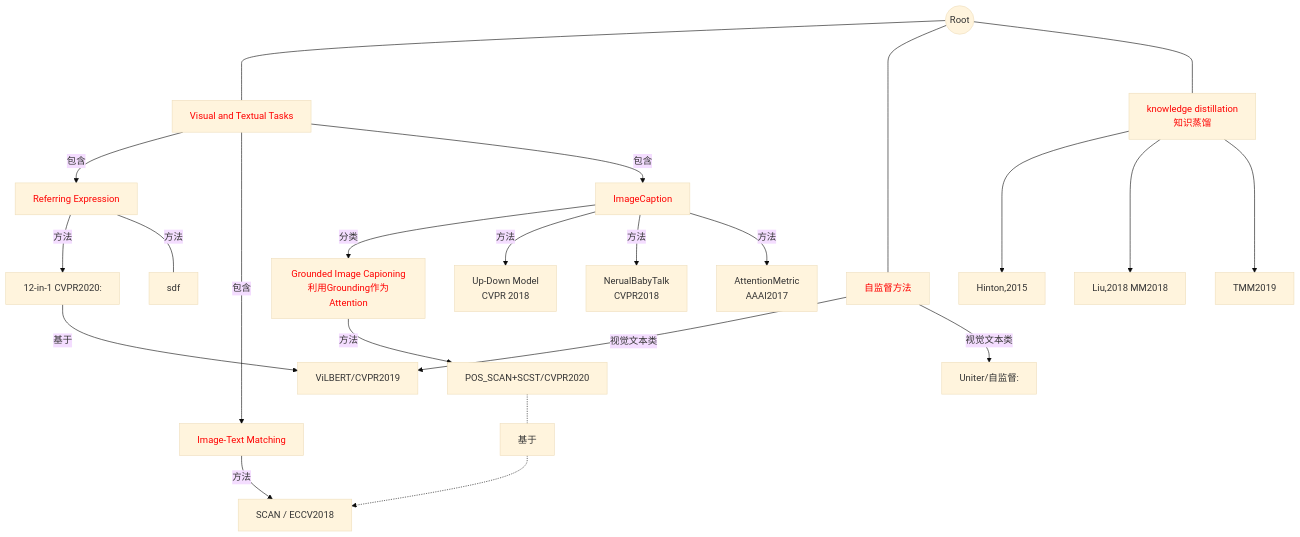
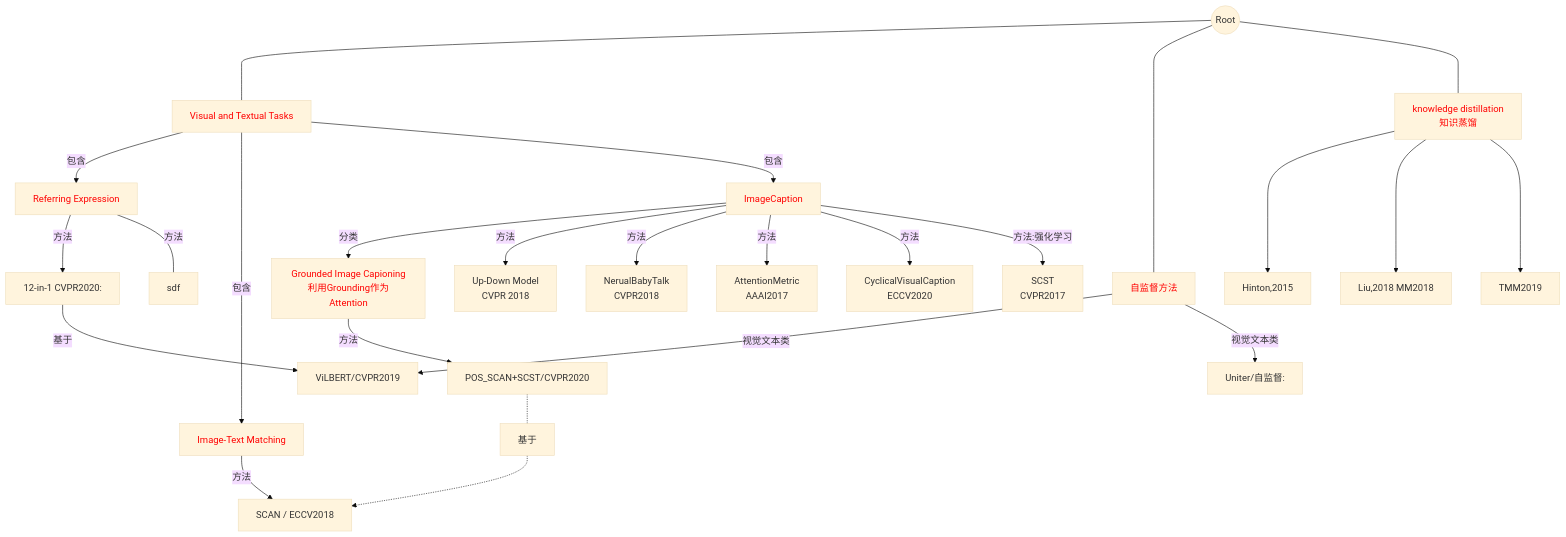
Before and after one commit to 2742195759/xkblog: the second of 4 diagrams in _posts/2021-03-10-TOREAD.md, drawn with Mermaid (base theme). The commit also changed other lines of this file and 2 other files, not shown here.

````diff
--- a/_posts/2021-03-10-TOREAD.md
+++ b/_posts/2021-03-10-TOREAD.md
@@ -38,38 +40,42 @@
 ```mermaid
 graph TD; 
 0((Root)) ---- 1
 0 ---- 2
 0 ---- 3
 1[<font color='red'>Visual and Textual Tasks</font>] --包含--> 1.1[<font color='red'>Referring Expression</font>]
 1 --包含--> 1.2[<font color='red'>Image-Text Matching</font>]
 1 --包含--> 1.3[<font color='red'>ImageCaption</font>]
 1.3 --分类--> 1.3.1[<font color='red'>Grounded Image Capioning<br>利用Grounding作为Attention</font>]
 1.3 --方法--> 1.3.2[Up-Down Model<br>CVPR 2018]
 1.3 --方法--> 1.3.3[NerualBabyTalk<br>CVPR2018]
 1.3 --方法--> 1.3.4[AttentionMetric<br>AAAI2017]
+1.3 --方法--> 1.3.5[CyclicalVisualCaption<br>ECCV2020]
+1.3 --方法:强化学习--> 1.3.6[SCST<br>CVPR2017]
 1.2 --方法--> 1.2.1[SCAN / ECCV2018]
 2[<font color='red'>自监督方法</font>] --视觉文本类--> 1.1.1.1[ViLBERT]
 3[<font color='red'>knowledge distillation<br>知识蒸馏</font>] ---> 3.1[Hinton,2015]
 3 ---> 3.2[Liu,2018 MM2018]
 3 ---> 3.3[TMM2019]
 2 --视觉文本类--> 2.1[Uniter/自监督:<br>]
 1.1 -- 方法 --> 1.1.1[12-in-1 CVPR2020: <br> ]
 1.1.1 -- 基于 --> 1.1.1.1[ViLBERT/CVPR2019]
 1.1 -- 方法 --- 1.1.2[sdf]
 1.3.1 --方法--> 1.3.1.1[POS_SCAN+SCST/CVPR2020]
 1.3.1.1 -.-基于-.-> 1.2.1
 
 
 click 1.1.1 "https://openaccess.thecvf.com/content_CVPR_2020/html/Lu_12-in-1_Multi-Task_Vision_and_Language_Representation_Learning_CVPR_2020_paper.html" "CVPR2020"
 click 1.1.1.1 "#vilbert" "pdflink"
 click 2.1 "https://arxiv.org/abs/1909.11740" "pdflink"
 click 1.2.1 "#scan" "pagelink"
 click 3.1 "https://arxiv.org/pdf/1507.00448.pdf" "pdflink"
 click 3.2 "https://arxiv.org/pdf/1809.05884.pdf" "pdflink"
 click 3.3 "https://ieeexplore.ieee.org/stamp/stamp.jsp?tp=&arnumber=8890866" "pdflink"
 click 1.3.2 "https://arxiv.org/pdf/1707.07998.pdf" "pdflink"
 click 1.3.1.1 "https://openaccess.thecvf.com/content_CVPR_2020/html/Zhou_More_Grounded_Image_Captioning_by_Distilling_Image-Text_Matching_Model_CVPR_2020_paper.html" "pdflink"
 click 1.3.3 "#nerual-baby-talk"
 click 1.3.4 "#attentionmetric"
+click 1.3.5 "#cyclical-visual-captioning"
+click 1.3.6 "#scst"
 
 ```
````
